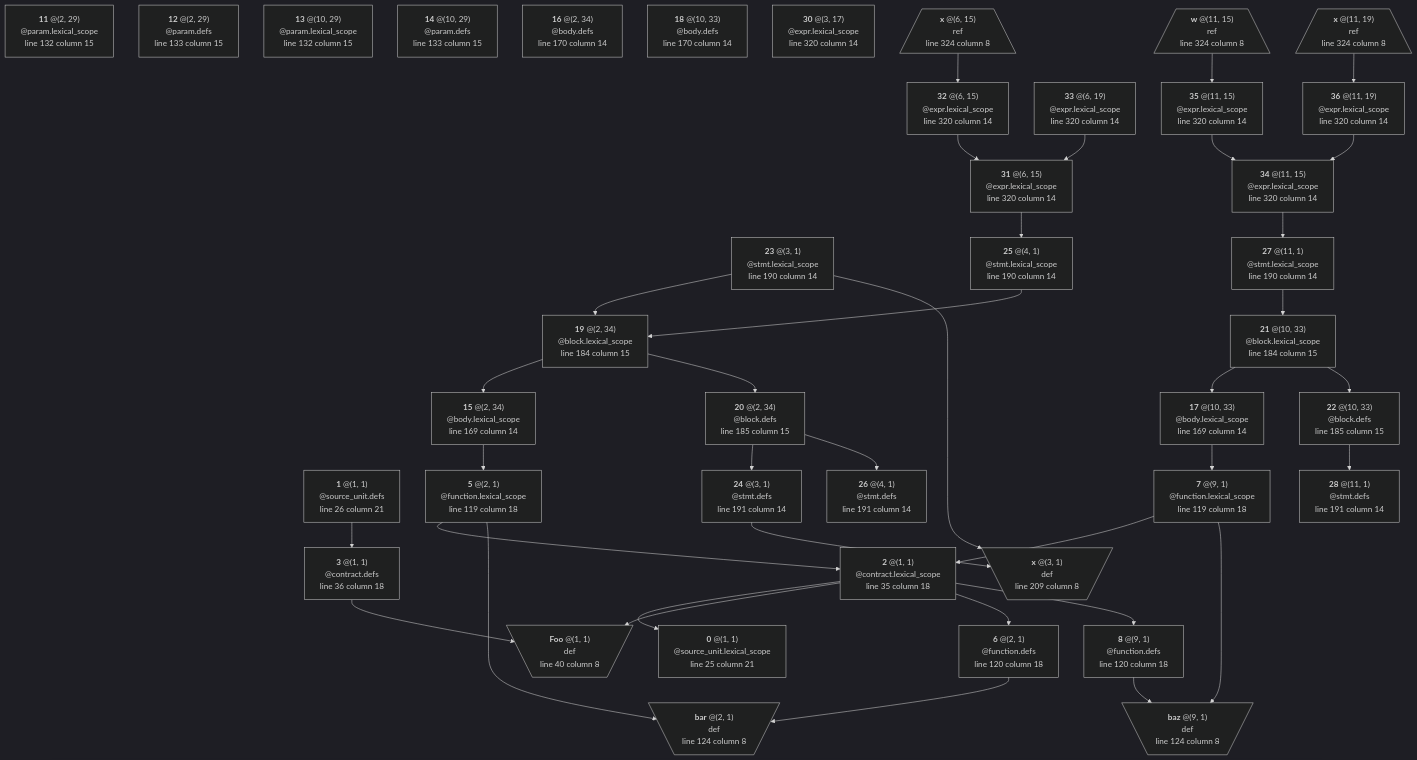
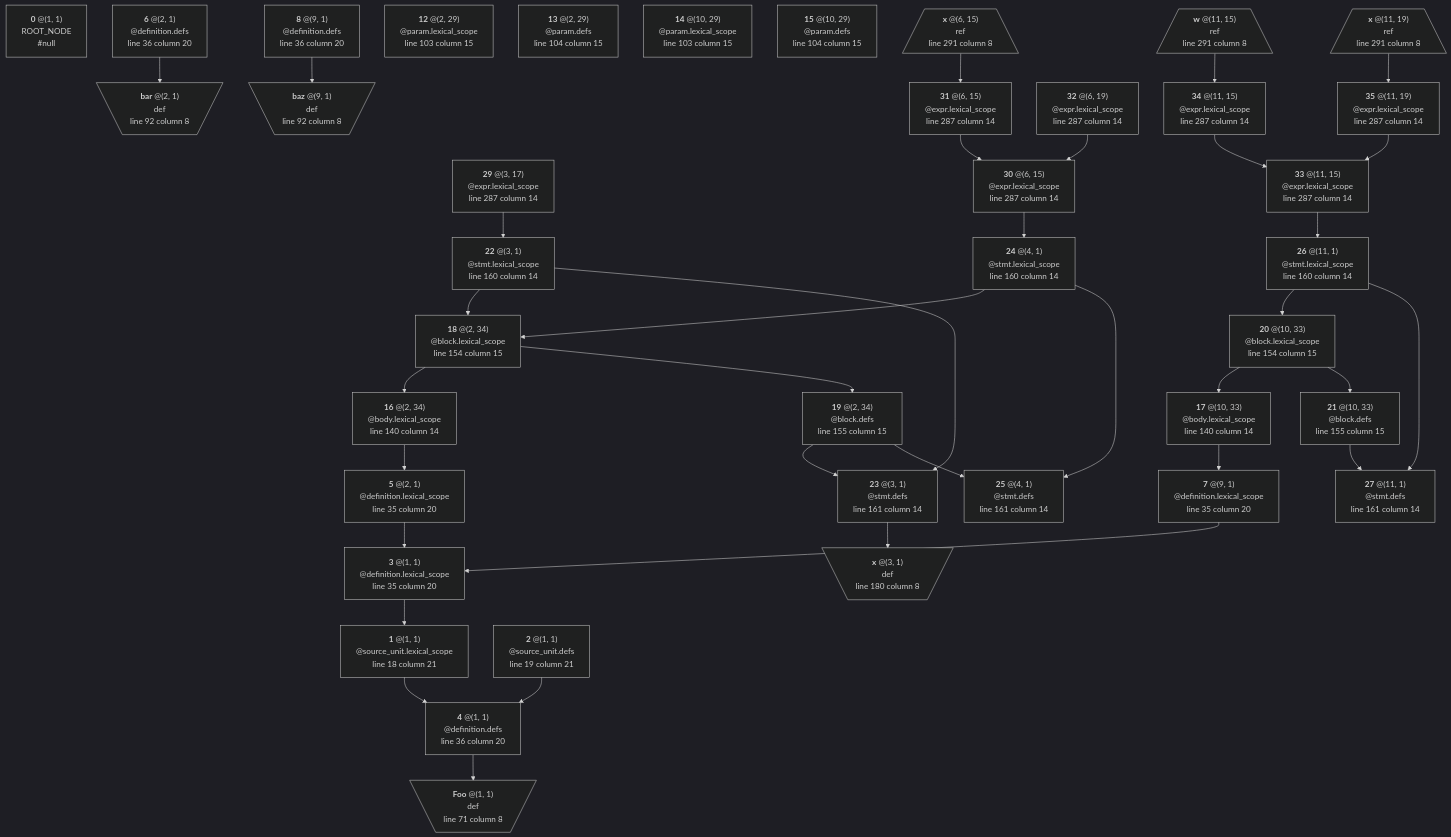
One commit to manastech/slang changed the diagram in crates/solidity/testing/snapshots/bindings/lexical/generated/local_vars.sol.mmd. Above: the diagram before and after it, drawn with Mermaid (dark theme). The commit also changed 11 other files, not shown here.

```diff
--- a/crates/solidity/testing/snapshots/bindings/lexical/generated/local_vars.sol.mmd
+++ b/crates/solidity/testing/snapshots/bindings/lexical/generated/local_vars.sol.mmd
@@ -1,156 +1,152 @@
 graph TD
 	N0["`**0** @(1, 1)
+ROOT_NODE
+#null`"]
+	N1["`**1** @(1, 1)
 @source_unit.lexical_scope
-line 25 column 21`"]
-	N1["`**1** @(1, 1)
+line 18 column 21`"]
+	N1 --> N4
+	N2["`**2** @(1, 1)
 @source_unit.defs
-line 26 column 21`"]
-	N1 --> N3
-	N2["`**2** @(1, 1)
-@contract.lexical_scope
-line 35 column 18`"]
-	N2 --> N0
+line 19 column 21`"]
 	N2 --> N4
-	N2 --> N6
-	N2 --> N8
 	N3["`**3** @(1, 1)
-@contract.defs
-line 36 column 18`"]
-	N3 --> N4
-	N4[\"`**Foo** @(1, 1)
+@definition.lexical_scope
+line 35 column 20`"]
+	N3 --> N1
+	N4["`**4** @(1, 1)
+@definition.defs
+line 36 column 20`"]
+	N4 --> N9
+	N5["`**5** @(2, 1)
+@definition.lexical_scope
+line 35 column 20`"]
+	N5 --> N3
+	N6["`**6** @(2, 1)
+@definition.defs
+line 36 column 20`"]
+	N6 --> N10
+	N7["`**7** @(9, 1)
+@definition.lexical_scope
+line 35 column 20`"]
+	N7 --> N3
+	N8["`**8** @(9, 1)
+@definition.defs
+line 36 column 20`"]
+	N8 --> N11
+	N9[\"`**Foo** @(1, 1)
 def
-line 40 column 8`"/]
-	N5["`**5** @(2, 1)
-@function.lexical_scope
-line 119 column 18`"]
-	N5 --> N2
-	N5 --> N9
-	N6["`**6** @(2, 1)
-@function.defs
-line 120 column 18`"]
-	N6 --> N9
-	N7["`**7** @(9, 1)
-@function.lexical_scope
-line 119 column 18`"]
-	N7 --> N2
-	N7 --> N10
-	N8["`**8** @(9, 1)
-@function.defs
-line 120 column 18`"]
-	N8 --> N10
-	N9[\"`**bar** @(2, 1)
+line 71 column 8`"/]
+	N10[\"`**bar** @(2, 1)
 def
-line 124 column 8`"/]
-	N10[\"`**baz** @(9, 1)
+line 92 column 8`"/]
+	N11[\"`**baz** @(9, 1)
 def
-line 124 column 8`"/]
-	N11["`**11** @(2, 29)
+line 92 column 8`"/]
+	N12["`**12** @(2, 29)
 @param.lexical_scope
-line 132 column 15`"]
-	N12["`**12** @(2, 29)
+line 103 column 15`"]
+	N13["`**13** @(2, 29)
 @param.defs
-line 133 column 15`"]
-	N13["`**13** @(10, 29)
+line 104 column 15`"]
+	N14["`**14** @(10, 29)
 @param.lexical_scope
-line 132 column 15`"]
-	N14["`**14** @(10, 29)
+line 103 column 15`"]
+	N15["`**15** @(10, 29)
 @param.defs
-line 133 column 15`"]
-	N15["`**15** @(2, 34)
+line 104 column 15`"]
+	N16["`**16** @(2, 34)
 @body.lexical_scope
-line 169 column 14`"]
-	N15 --> N5
-	N16["`**16** @(2, 34)
-@body.defs
-line 170 column 14`"]
+line 140 column 14`"]
+	N16 --> N5
 	N17["`**17** @(10, 33)
 @body.lexical_scope
-line 169 column 14`"]
+line 140 column 14`"]
 	N17 --> N7
-	N18["`**18** @(10, 33)
-@body.defs
-line 170 column 14`"]
+	N18["`**18** @(2, 34)
+@block.lexical_scope
+line 154 column 15`"]
+	N18 --> N16
+	N18 --> N19
 	N19["`**19** @(2, 34)
+@block.defs
+line 155 column 15`"]
+	N19 --> N23
+	N19 --> N25
+	N20["`**20** @(10, 33)
 @block.lexical_scope
-line 184 column 15`"]
-	N19 --> N15
-	N19 --> N20
-	N20["`**20** @(2, 34)
+line 154 column 15`"]
+	N20 --> N17
+	N20 --> N21
+	N21["`**21** @(10, 33)
 @block.defs
-line 185 column 15`"]
-	N20 --> N24
-	N20 --> N26
-	N21["`**21** @(10, 33)
-@block.lexical_scope
-line 184 column 15`"]
-	N21 --> N17
-	N21 --> N22
-	N22["`**22** @(10, 33)
-@block.defs
-line 185 column 15`"]
-	N22 --> N28
+line 155 column 15`"]
+	N21 --> N27
+	N22["`**22** @(3, 1)
+@stmt.lexical_scope
+line 160 column 14`"]
+	N22 --> N18
+	N22 --> N23
 	N23["`**23** @(3, 1)
+@stmt.defs
+line 161 column 14`"]
+	N23 --> N28
+	N24["`**24** @(4, 1)
 @stmt.lexical_scope
-line 190 column 14`"]
-	N23 --> N19
-	N23 --> N29
-	N24["`**24** @(3, 1)
+line 160 column 14`"]
+	N24 --> N18
+	N24 --> N25
+	N25["`**25** @(4, 1)
 @stmt.defs
-line 191 column 14`"]
-	N24 --> N29
-	N25["`**25** @(4, 1)
+line 161 column 14`"]
+	N26["`**26** @(11, 1)
 @stmt.lexical_scope
-line 190 column 14`"]
-	N25 --> N19
-	N26["`**26** @(4, 1)
+line 160 column 14`"]
+	N26 --> N20
+	N26 --> N27
+	N27["`**27** @(11, 1)
 @stmt.defs
-line 191 column 14`"]
-	N27["`**27** @(11, 1)
-@stmt.lexical_scope
-line 190 column 14`"]
-	N27 --> N21
-	N28["`**28** @(11, 1)
-@stmt.defs
-line 191 column 14`"]
-	N29[\"`**x** @(3, 1)
+line 161 column 14`"]
+	N28[\"`**x** @(3, 1)
 def
-line 209 column 8`"/]
-	N30["`**30** @(3, 17)
+line 180 column 8`"/]
+	N29["`**29** @(3, 17)
 @expr.lexical_scope
-line 320 column 14`"]
+line 287 column 14`"]
+	N29 --> N22
+	N30["`**30** @(6, 15)
+@expr.lexical_scope
+line 287 column 14`"]
+	N30 --> N24
 	N31["`**31** @(6, 15)
 @expr.lexical_scope
-line 320 column 14`"]
-	N31 --> N25
-	N32["`**32** @(6, 15)
+line 287 column 14`"]
+	N31 --> N30
+	N32["`**32** @(6, 19)
 @expr.lexical_scope
-line 320 column 14`"]
-	N32 --> N31
-	N33["`**33** @(6, 19)
+line 287 column 14`"]
+	N32 --> N30
+	N33["`**33** @(11, 15)
 @expr.lexical_scope
-line 320 column 14`"]
-	N33 --> N31
+line 287 column 14`"]
+	N33 --> N26
 	N34["`**34** @(11, 15)
 @expr.lexical_scope
-line 320 column 14`"]
-	N34 --> N27
-	N35["`**35** @(11, 15)
+line 287 column 14`"]
+	N34 --> N33
+	N35["`**35** @(11, 19)
 @expr.lexical_scope
-line 320 column 14`"]
-	N35 --> N34
-	N36["`**36** @(11, 19)
-@expr.lexical_scope
-line 320 column 14`"]
-	N36 --> N34
-	N37[/"`**x** @(6, 15)
+line 287 column 14`"]
+	N35 --> N33
+	N36[/"`**x** @(6, 15)
 ref
-line 324 column 8`"\]
-	N37 --> N32
-	N38[/"`**w** @(11, 15)
+line 291 column 8`"\]
+	N36 --> N31
+	N37[/"`**w** @(11, 15)
 ref
-line 324 column 8`"\]
+line 291 column 8`"\]
+	N37 --> N34
+	N38[/"`**x** @(11, 19)
+ref
+line 291 column 8`"\]
 	N38 --> N35
-	N39[/"`**x** @(11, 19)
-ref
-line 324 column 8`"\]
-	N39 --> N36
```
